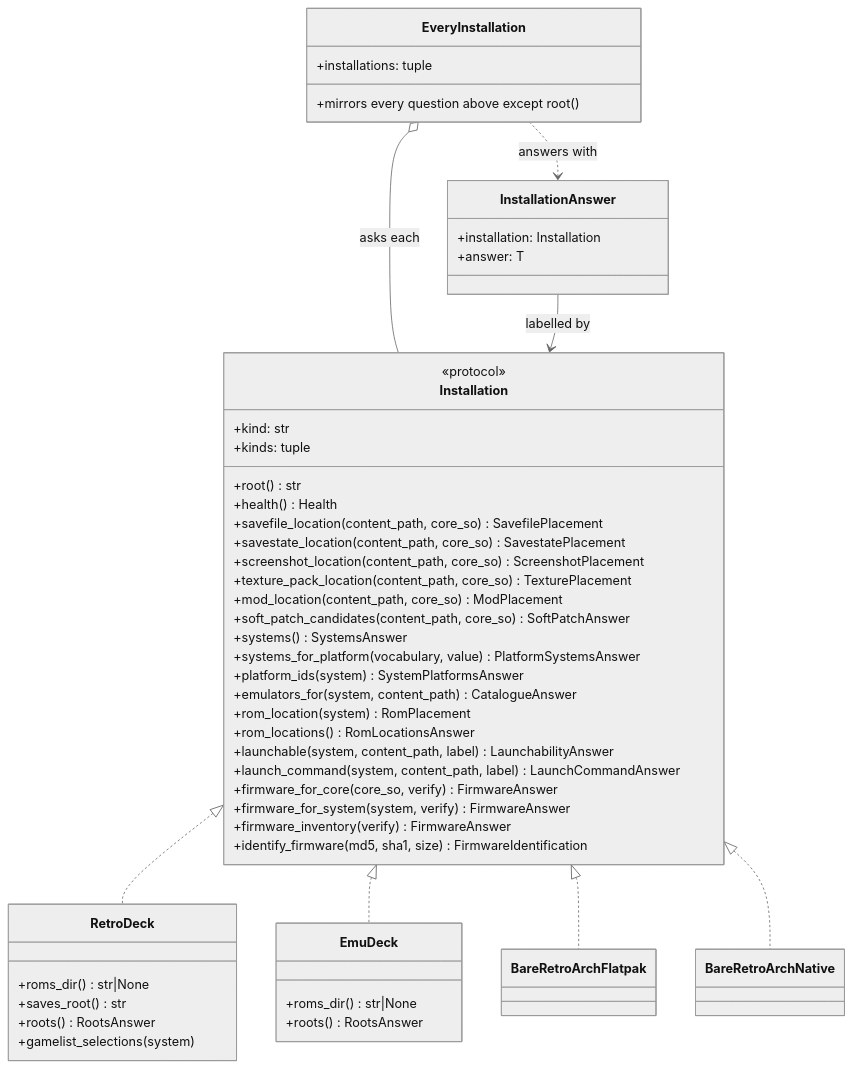
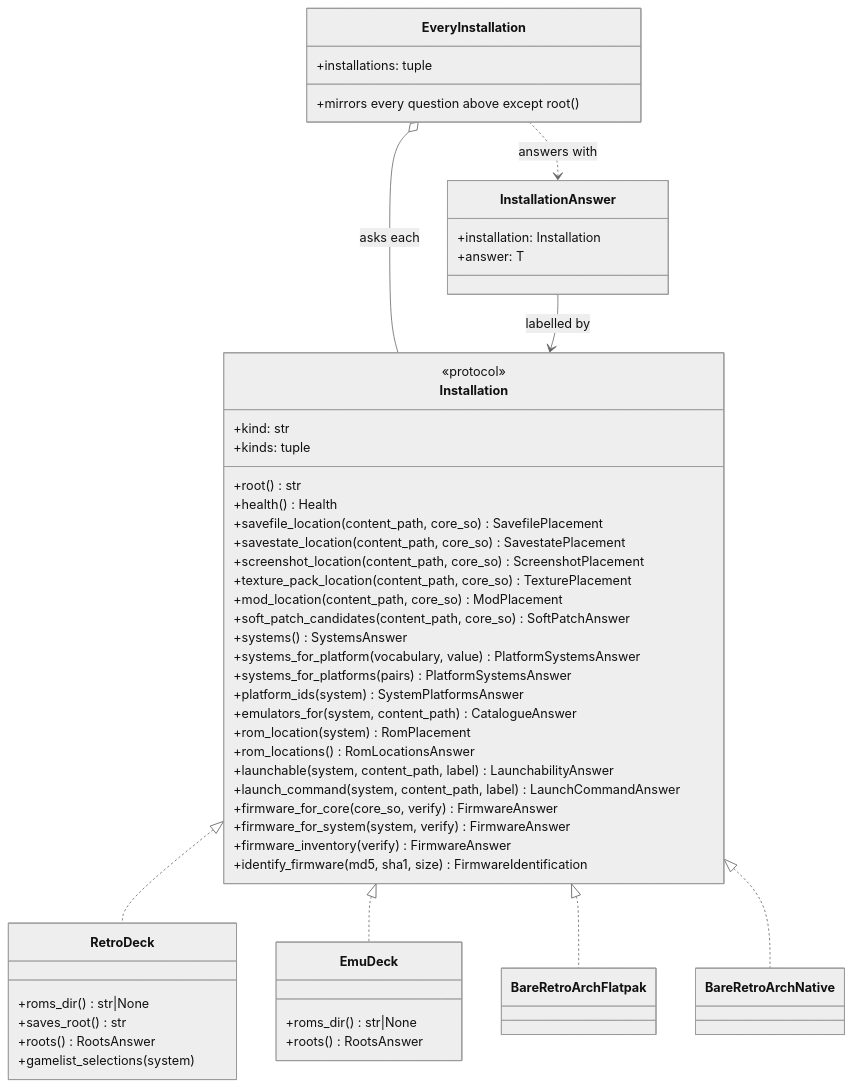
Before and after one commit to danielcopper/emu-atlas: the second of 3 diagrams in docs/architecture.md, drawn with Mermaid (neutral theme). The commit also changed other lines of this file and 38 other files, not shown here.

````diff
--- a/docs/architecture.md
+++ b/docs/architecture.md
@@ -60,56 +60,57 @@
 ```mermaid
 classDiagram
     class Installation {
         <<protocol>>
         +kind: str
         +kinds: tuple
         +root() str
         +health() Health
         +savefile_location(content_path, core_so) SavefilePlacement
         +savestate_location(content_path, core_so) SavestatePlacement
         +screenshot_location(content_path, core_so) ScreenshotPlacement
         +texture_pack_location(content_path, core_so) TexturePlacement
         +mod_location(content_path, core_so) ModPlacement
         +soft_patch_candidates(content_path, core_so) SoftPatchAnswer
         +systems() SystemsAnswer
         +systems_for_platform(vocabulary, value) PlatformSystemsAnswer
+        +systems_for_platforms(pairs) PlatformSystemsAnswer
         +platform_ids(system) SystemPlatformsAnswer
         +emulators_for(system, content_path) CatalogueAnswer
         +rom_location(system) RomPlacement
         +rom_locations() RomLocationsAnswer
         +launchable(system, content_path, label) LaunchabilityAnswer
         +launch_command(system, content_path, label) LaunchCommandAnswer
         +firmware_for_core(core_so, verify) FirmwareAnswer
         +firmware_for_system(system, verify) FirmwareAnswer
         +firmware_inventory(verify) FirmwareAnswer
         +identify_firmware(md5, sha1, size) FirmwareIdentification
     }
     class RetroDeck {
         +roms_dir() str|None
         +saves_root() str
         +roots() RootsAnswer
         +gamelist_selections(system)
     }
     class EmuDeck {
         +roms_dir() str|None
         +roots() RootsAnswer
     }
     class BareRetroArchFlatpak
     class BareRetroArchNative
     class EveryInstallation {
         +installations: tuple
         +mirrors every question above except root()
     }
     class InstallationAnswer {
         +installation: Installation
         +answer: T
     }
 
     Installation <|.. RetroDeck
     Installation <|.. EmuDeck
     Installation <|.. BareRetroArchFlatpak
     Installation <|.. BareRetroArchNative
     EveryInstallation o-- Installation : asks each
     EveryInstallation ..> InstallationAnswer : answers with
     InstallationAnswer --> Installation : labelled by
 ```
````
